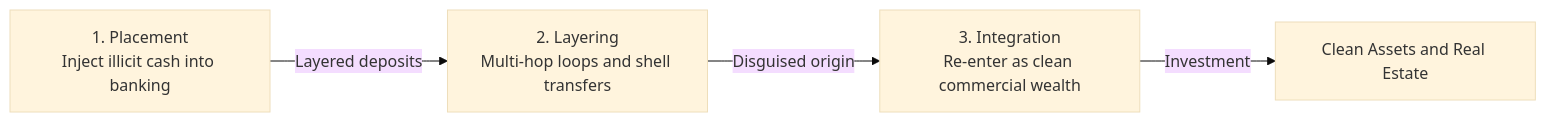
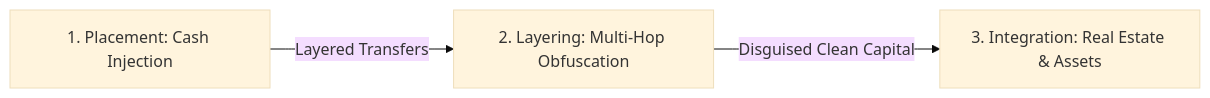
One commit to BharathKumar113/anti_money_laundering changed the first of 14 diagrams in documentation.md. Above: the diagram before and after it, drawn with Mermaid (base theme). The commit also changed other lines of this file, not shown here.

Commit message:
docs: finalize full-length academic documentation with dual-rendered UML and architecture diagrams

````diff
--- a/documentation.md
+++ b/documentation.md
@@ -16,6 +110,5 @@
 ```mermaid
 flowchart LR
-    Stage1["1. Placement<br/>Inject illicit cash into banking"] -->|"Layered deposits"| Stage2["2. Layering<br/>Multi-hop loops and shell transfers"]
-    Stage2 -->|"Disguised origin"| Stage3["3. Integration<br/>Re-enter as clean commercial wealth"]
-    Stage3 -->|"Investment"| Clean["Clean Assets and Real Estate"]
+    Stage1["1. Placement: Cash Injection"] -->|"Layered Transfers"| Stage2["2. Layering: Multi-Hop Obfuscation"]
+    Stage2 -->|"Disguised Clean Capital"| Stage3["3. Integration: Real Estate & Assets"]
 ```
````
